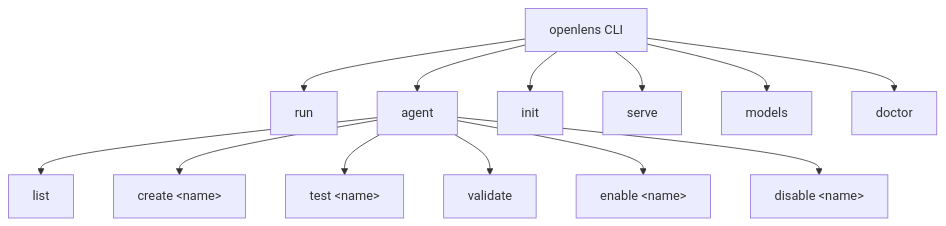
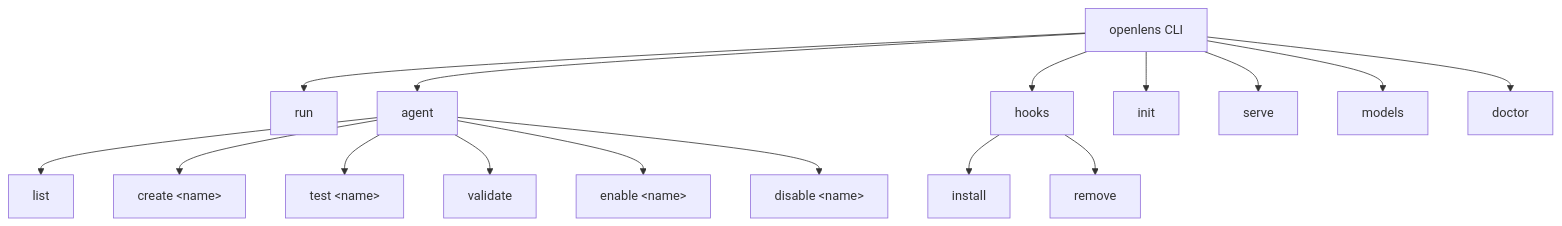
The diagram in wiki/6-cli-reference.md (Traves-Theberge/openlens), drawn with Mermaid before and after one commit. The commit also changed other lines of this file and 6 other files, not shown here.

````diff
--- a/wiki/6-cli-reference.md
+++ b/wiki/6-cli-reference.md
@@ -26,17 +28,21 @@
 ```mermaid
 graph TD
     CLI[openlens CLI]
     CLI --> run[run]
     CLI --> agent[agent]
+    CLI --> hooks[hooks]
     CLI --> init[init]
     CLI --> serve[serve]
     CLI --> models[models]
     CLI --> doctor[doctor]
 
     agent --> list[list]
     agent --> create["create &lt;name&gt;"]
     agent --> test["test &lt;name&gt;"]
     agent --> validate[validate]
     agent --> enable["enable &lt;name&gt;"]
     agent --> disable["disable &lt;name&gt;"]
+
+    hooks --> install[install]
+    hooks --> remove[remove]
 ```
````
